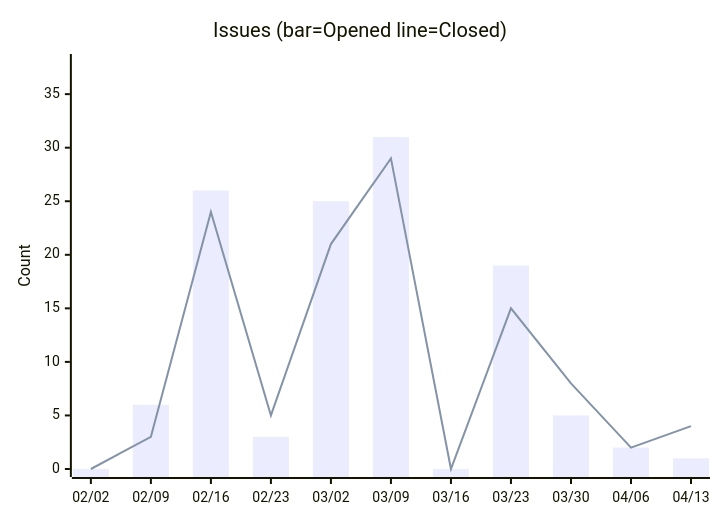
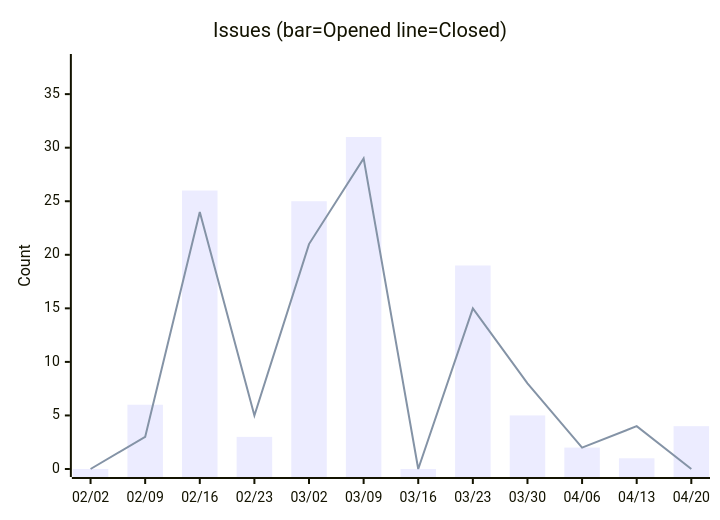
One commit to nablarch/nabledge-dev changed the fifth of 14 diagrams in docs/metrics.md. Above: the diagram before and after it, drawn with Mermaid. The commit also changed other lines of this file and 2 other files, not shown here.

````diff
--- a/docs/metrics.md
+++ b/docs/metrics.md
@@ -91,8 +91,8 @@
 ```mermaid
 xychart-beta
   title "Issues (bar=Opened  line=Closed)"
-  x-axis ["02/02", "02/09", "02/16", "02/23", "03/02", "03/09", "03/16", "03/23", "03/30", "04/06", "04/13"]
+  x-axis ["02/02", "02/09", "02/16", "02/23", "03/02", "03/09", "03/16", "03/23", "03/30", "04/06", "04/13", "04/20"]
   y-axis "Count" 0 --> 38
-  bar [0, 6, 26, 3, 25, 31, 0, 19, 5, 2, 1]
-  line [0, 3, 24, 5, 21, 29, 0, 15, 8, 2, 4]
+  bar [0, 6, 26, 3, 25, 31, 0, 19, 5, 2, 1, 4]
+  line [0, 3, 24, 5, 21, 29, 0, 15, 8, 2, 4, 0]
 ```
````
